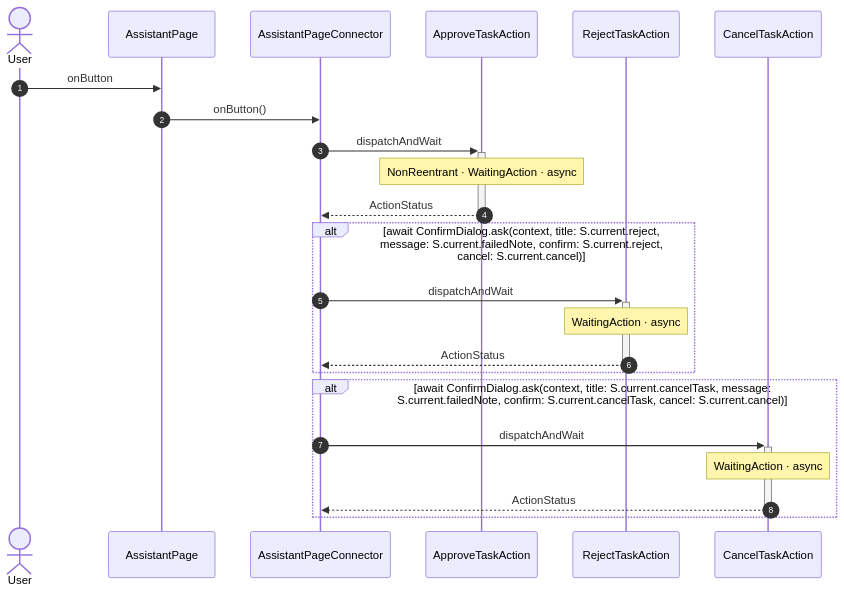
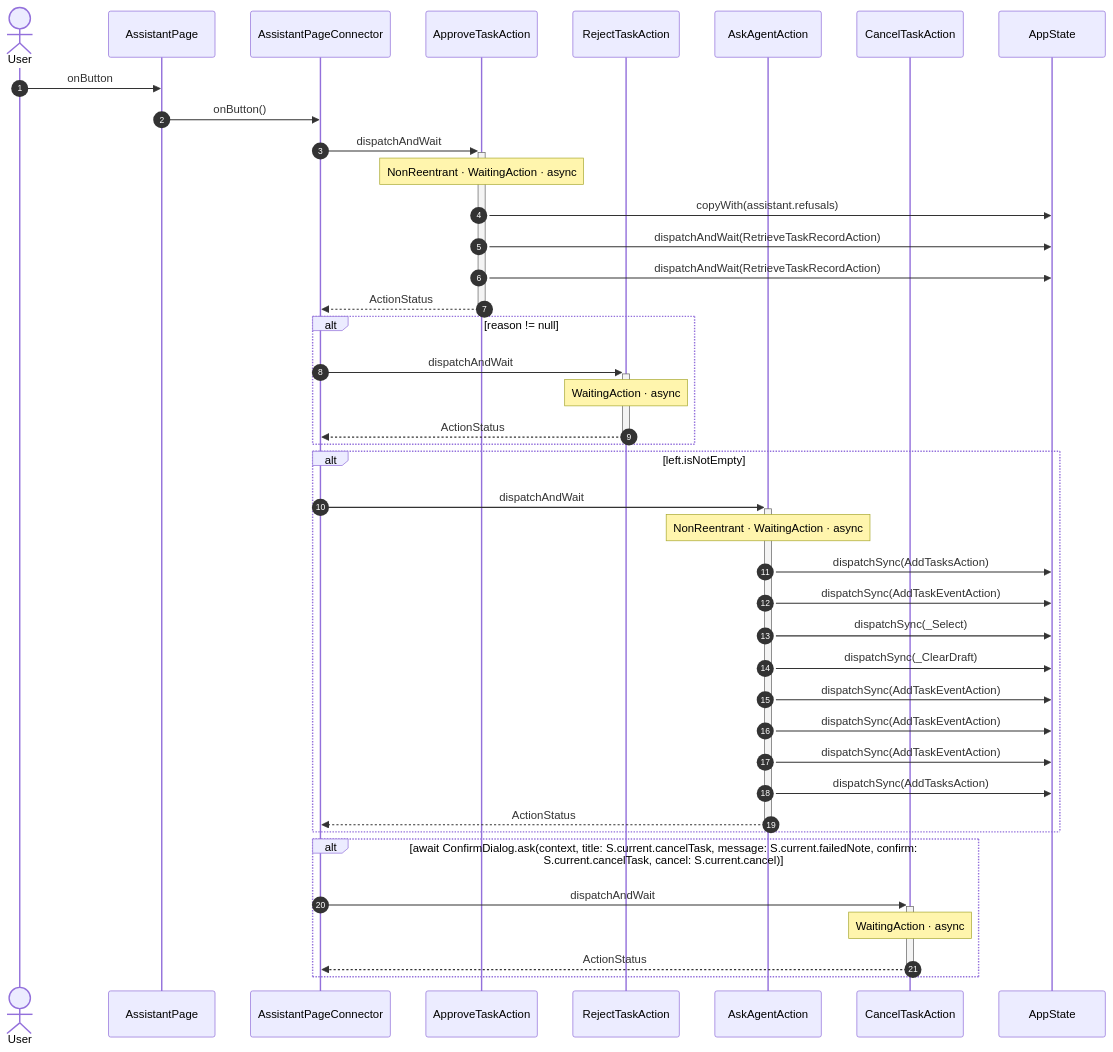
The ninth of 9 diagrams in studio/docs/flows/assistant.md (gencto/wyrm), drawn with Mermaid before and after one commit. The commit also changed other lines of this file and 24 other files, not shown here.

````diff
--- a/studio/docs/flows/assistant.md
+++ b/studio/docs/flows/assistant.md
@@ -166,26 +183,44 @@
 ```mermaid
 sequenceDiagram
     autonumber
     actor User
     participant UI as AssistantPage
     participant VM as AssistantPageConnector
     participant A1 as ApproveTaskAction
     participant A2 as RejectTaskAction
-    participant A3 as CancelTaskAction
+    participant A3 as AskAgentAction
+    participant A4 as CancelTaskAction
+    participant ST as AppState
 
     User->>UI: onButton
     UI->>VM: onButton()
     VM->>+A1: dispatchAndWait
     Note over A1: NonReentrant · WaitingAction · async
+    A1->>ST: copyWith(assistant.refusals)
+    A1->>ST: dispatchAndWait(RetrieveTaskRecordAction)
+    A1->>ST: dispatchAndWait(RetrieveTaskRecordAction)
     A1-->>-VM: ActionStatus
-    alt await ConfirmDialog.ask(context, title: S.current.reject, message: S.current.failedNote, confirm: S.current.reject, cancel: S.current.cancel)
+    alt reason != null
         VM->>+A2: dispatchAndWait
         Note over A2: WaitingAction · async
         A2-->>-VM: ActionStatus
     end
-    alt await ConfirmDialog.ask(context, title: S.current.cancelTask, message: S.current.failedNote, confirm: S.current.cancelTask, cancel: S.current.cancel)
+    alt left.isNotEmpty
         VM->>+A3: dispatchAndWait
-        Note over A3: WaitingAction · async
+        Note over A3: NonReentrant · WaitingAction · async
+        A3->>ST: dispatchSync(AddTasksAction)
+        A3->>ST: dispatchSync(AddTaskEventAction)
+        A3->>ST: dispatchSync(_Select)
+        A3->>ST: dispatchSync(_ClearDraft)
+        A3->>ST: dispatchSync(AddTaskEventAction)
+        A3->>ST: dispatchSync(AddTaskEventAction)
+        A3->>ST: dispatchSync(AddTaskEventAction)
+        A3->>ST: dispatchSync(AddTasksAction)
         A3-->>-VM: ActionStatus
     end
+    alt await ConfirmDialog.ask(context, title: S.current.cancelTask, message: S.current.failedNote, confirm: S.current.cancelTask, cancel: S.current.cancel)
+        VM->>+A4: dispatchAndWait
+        Note over A4: WaitingAction · async
+        A4-->>-VM: ActionStatus
+    end
 ```
````
